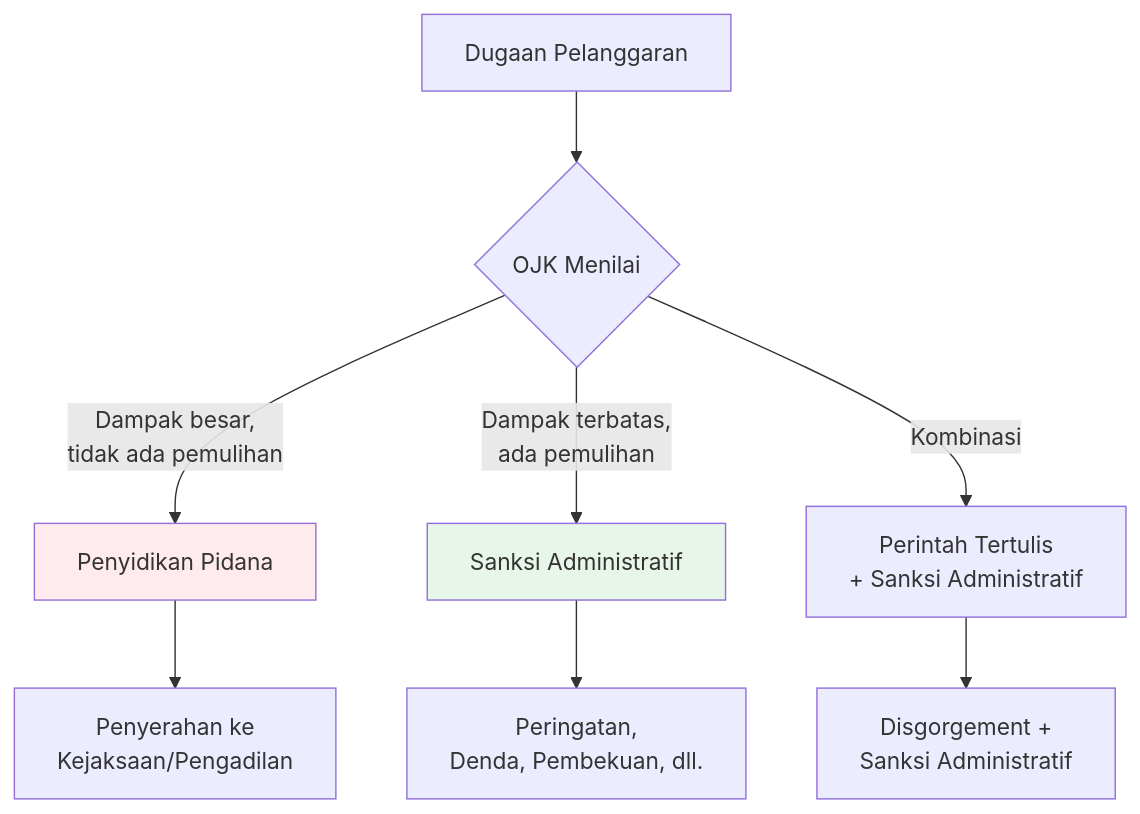
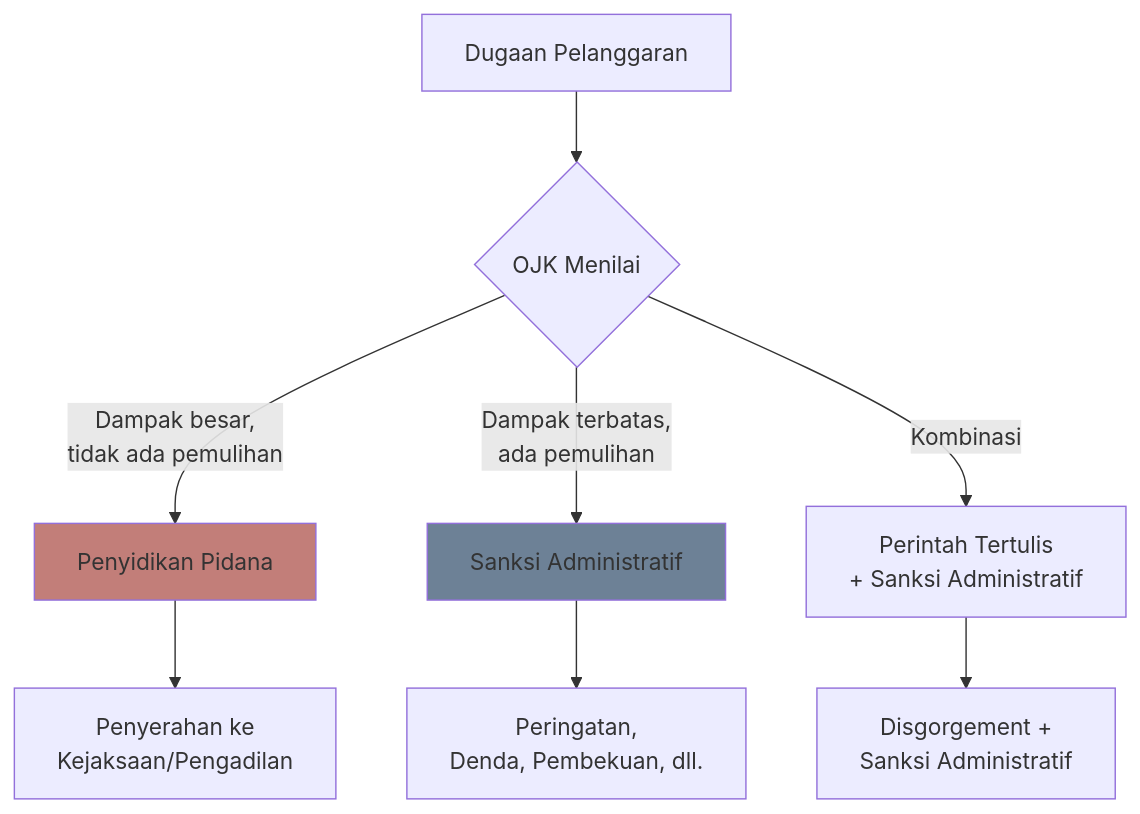
Before and after one commit to hifdzimaulana/beate-vivere: the eighth of 12 diagrams in content/Lectures/uas-pasmod.md, drawn with Mermaid. The commit also changed other lines of this file, not shown here.

````diff
--- a/content/Lectures/uas-pasmod.md
+++ b/content/Lectures/uas-pasmod.md
@@ -797,14 +823,14 @@
 ```mermaid
 graph TD
     A[Dugaan Pelanggaran] --> B{OJK Menilai}
     B -->|Dampak besar,<br/>tidak ada pemulihan| C[Penyidikan Pidana]
     B -->|Dampak terbatas,<br/>ada pemulihan| D[Sanksi Administratif]
     B -->|Kombinasi| E[Perintah Tertulis<br/>+ Sanksi Administratif]
     
     C --> F[Penyerahan ke<br/>Kejaksaan/Pengadilan]
     D --> G[Peringatan,<br/>Denda, Pembekuan, dll.]
     E --> H[Disgorgement +<br/>Sanksi Administratif]
     
-    style C fill:#ffebee
-    style D fill:#e8f5e9
+    style C fill:#C27e79
+    style D fill:#6D8196
 ```
````
